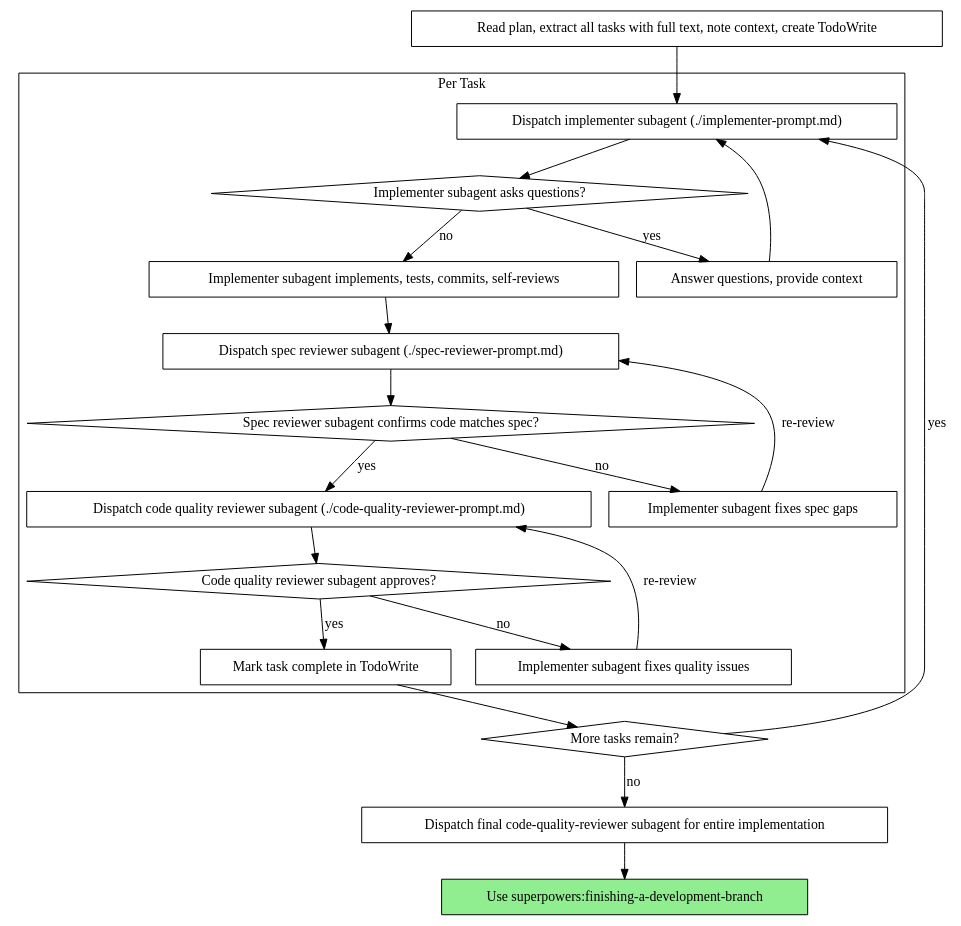
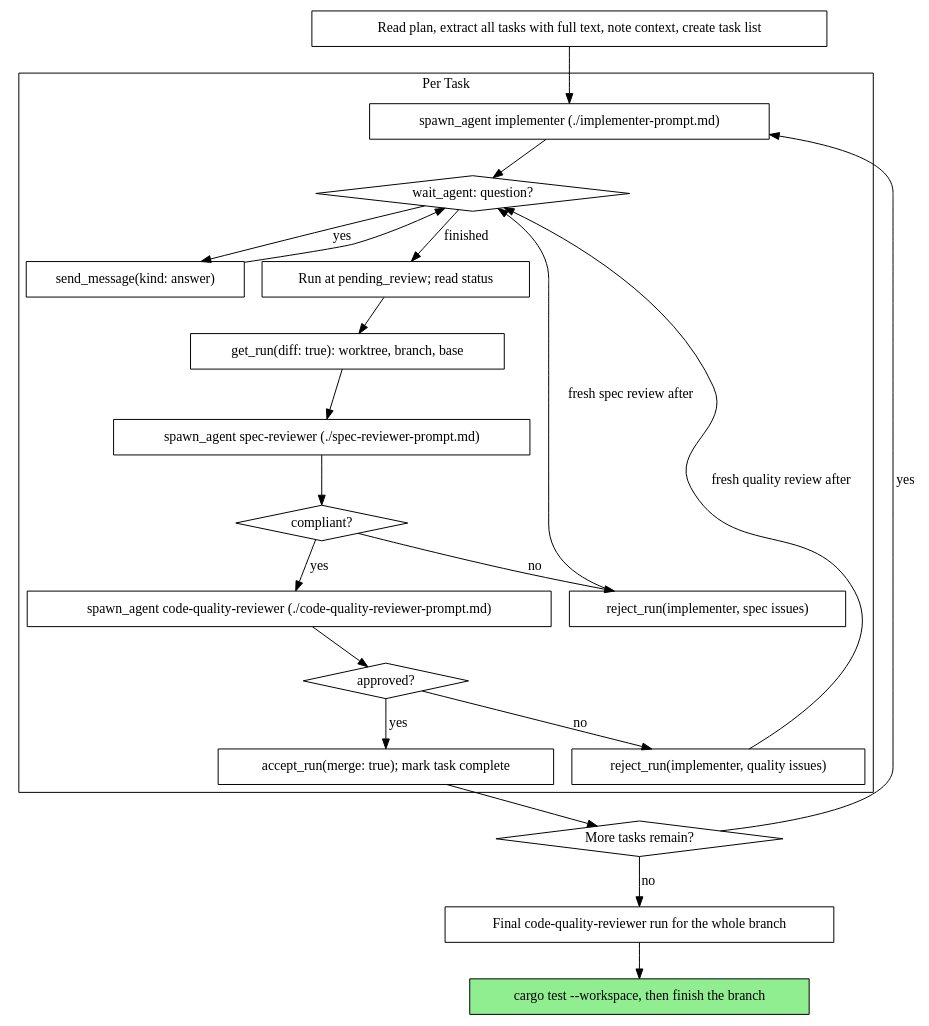
Before and after one commit to datamonsterr/superorchestrator: the diagram in .claude/skills/subagent-driven-development/SKILL.md, drawn with Graphviz. The commit also changed other lines of this file and 12 other files, not shown here.

First line of the commit message:
docs: run subagent-driven development through superorchestrator

````diff
--- a/.claude/skills/subagent-driven-development/SKILL.md
+++ b/.claude/skills/subagent-driven-development/SKILL.md
@@ -44,44 +25,46 @@
 ```dot
 digraph process {
     rankdir=TB;
 
     subgraph cluster_per_task {
         label="Per Task";
-        "Dispatch implementer subagent (./implementer-prompt.md)" [shape=box];
-        "Implementer subagent asks questions?" [shape=diamond];
-        "Answer questions, provide context" [shape=box];
-        "Implementer subagent implements, tests, commits, self-reviews" [shape=box];
-        "Dispatch spec reviewer subagent (./spec-reviewer-prompt.md)" [shape=box];
-        "Spec reviewer subagent confirms code matches spec?" [shape=diamond];
-        "Implementer subagent fixes spec gaps" [shape=box];
-        "Dispatch code quality reviewer subagent (./code-quality-reviewer-prompt.md)" [shape=box];
-        "Code quality reviewer subagent approves?" [shape=diamond];
-        "Implementer subagent fixes quality issues" [shape=box];
-        "Mark task complete in TodoWrite" [shape=box];
+        "spawn_agent implementer (./implementer-prompt.md)" [shape=box];
+        "wait_agent: question?" [shape=diamond];
+        "send_message(kind: answer)" [shape=box];
+        "Run at pending_review; read status" [shape=box];
+        "get_run(diff: true): worktree, branch, base" [shape=box];
+        "spawn_agent spec-reviewer (./spec-reviewer-prompt.md)" [shape=box];
+        "compliant?" [shape=diamond];
+        "reject_run(implementer, spec issues)" [shape=box];
+        "spawn_agent code-quality-reviewer (./code-quality-reviewer-prompt.md)" [shape=box];
+        "approved?" [shape=diamond];
+        "reject_run(implementer, quality issues)" [shape=box];
+        "accept_run(merge: true); mark task complete" [shape=box];
     }
 
-    "Read plan, extract all tasks with full text, note context, create TodoWrite" [shape=box];
+    "Read plan, extract all tasks with full text, note context, create task list" [shape=box];
     "More tasks remain?" [shape=diamond];
-    "Dispatch final code-quality-reviewer subagent for entire implementation" [shape=box];
-    "Use superpowers:finishing-a-development-branch" [shape=box style=filled fillcolor=lightgreen];
+    "Final code-quality-reviewer run for the whole branch" [shape=box];
+    "cargo test --workspace, then finish the branch" [shape=box style=filled fillcolor=lightgreen];
 
-    "Read plan, extract all tasks with full text, note context, create TodoWrite" -> "Dispatch implementer subagent (./implementer-prompt.md)";
-    "Dispatch implementer subagent (./implementer-prompt.md)" -> "Implementer subagent asks questions?";
-    "Implementer subagent asks questions?" -> "Answer questions, provide context" [label="yes"];
-    "Answer questions, provide context" -> "Dispatch implementer subagent (./implementer-prompt.md)";
-    "Implementer subagent asks questions?" -> "Implementer subagent implements, tests, commits, self-reviews" [label="no"];
-    "Implementer subagent implements, tests, commits, self-reviews" -> "Dispatch spec reviewer subagent (./spec-reviewer-prompt.md)";
-    "Dispatch spec reviewer subagent (./spec-reviewer-prompt.md)" -> "Spec reviewer subagent confirms code matches spec?";
-    "Spec reviewer subagent confirms code matches spec?" -> "Implementer subagent fixes spec gaps" [label="no"];
-    "Implementer subagent fixes spec gaps" -> "Dispatch spec reviewer subagent (./spec-reviewer-prompt.md)" [label="re-review"];
-    "Spec reviewer subagent confirms code matches spec?" -> "Dispatch code quality reviewer subagent (./code-quality-reviewer-prompt.md)" [label="yes"];
-    "Dispatch code quality reviewer subagent (./code-quality-reviewer-prompt.md)" -> "Code quality reviewer subagent approves?";
-    "Code quality reviewer subagent approves?" -> "Implementer subagent fixes quality issues" [label="no"];
-    "Implementer subagent fixes quality issues" -> "Dispatch code quality reviewer subagent (./code-quality-reviewer-prompt.md)" [label="re-review"];
-    "Code quality reviewer subagent approves?" -> "Mark task complete in TodoWrite" [label="yes"];
-    "Mark task complete in TodoWrite" -> "More tasks remain?";
-    "More tasks remain?" -> "Dispatch implementer subagent (./implementer-prompt.md)" [label="yes"];
-    "More tasks remain?" -> "Dispatch final code-quality-reviewer subagent for entire implementation" [label="no"];
-    "Dispatch final code-quality-reviewer subagent for entire implementation" -> "Use superpowers:finishing-a-development-branch";
+    "Read plan, extract all tasks with full text, note context, create task list" -> "spawn_agent implementer (./implementer-prompt.md)";
+    "spawn_agent implementer (./implementer-prompt.md)" -> "wait_agent: question?";
+    "wait_agent: question?" -> "send_message(kind: answer)" [label="yes"];
+    "send_message(kind: answer)" -> "wait_agent: question?";
+    "wait_agent: question?" -> "Run at pending_review; read status" [label="finished"];
+    "Run at pending_review; read status" -> "get_run(diff: true): worktree, branch, base";
+    "get_run(diff: true): worktree, branch, base" -> "spawn_agent spec-reviewer (./spec-reviewer-prompt.md)";
+    "spawn_agent spec-reviewer (./spec-reviewer-prompt.md)" -> "compliant?";
+    "compliant?" -> "reject_run(implementer, spec issues)" [label="no"];
+    "reject_run(implementer, spec issues)" -> "wait_agent: question?" [label="fresh spec review after"];
+    "compliant?" -> "spawn_agent code-quality-reviewer (./code-quality-reviewer-prompt.md)" [label="yes"];
+    "spawn_agent code-quality-reviewer (./code-quality-reviewer-prompt.md)" -> "approved?";
+    "approved?" -> "reject_run(implementer, quality issues)" [label="no"];
+    "reject_run(implementer, quality issues)" -> "wait_agent: question?" [label="fresh quality review after"];
+    "approved?" -> "accept_run(merge: true); mark task complete" [label="yes"];
+    "accept_run(merge: true); mark task complete" -> "More tasks remain?";
+    "More tasks remain?" -> "spawn_agent implementer (./implementer-prompt.md)" [label="yes"];
+    "More tasks remain?" -> "Final code-quality-reviewer run for the whole branch" [label="no"];
+    "Final code-quality-reviewer run for the whole branch" -> "cargo test --workspace, then finish the branch";
 }
 ```
````
